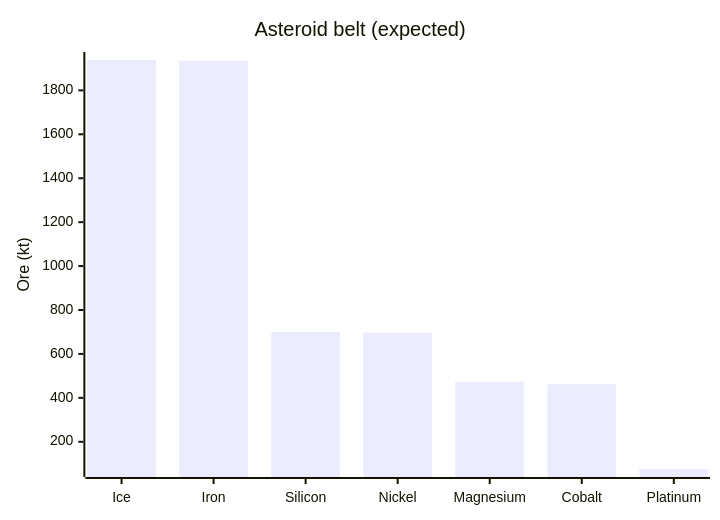
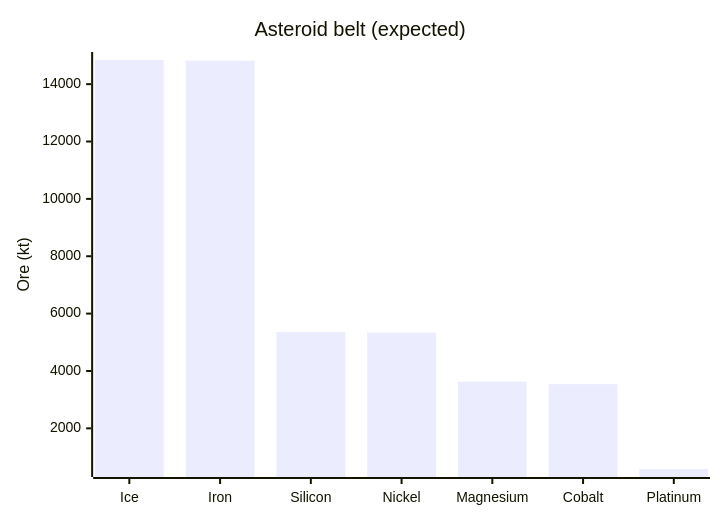
Before and after one commit to CometWorks/worlds: the third of 4 diagrams in octahedron/ORES.md, drawn with Mermaid. The commit also changed other lines of this file and 3348 other files, not shown here.

````diff
--- a/octahedron/ORES.md
+++ b/octahedron/ORES.md
@@ -91,7 +91,7 @@
 ```mermaid
 xychart-beta
     title "Asteroid belt (expected)"
     x-axis ["Ice", "Iron", "Silicon", "Nickel", "Magnesium", "Cobalt", "Platinum"]
     y-axis "Ore (kt)"
-    bar [1938.3, 1935.5, 700.1, 697.5, 473.6, 462.4, 76.1]
+    bar [14841.9, 14820.5, 5360.5, 5341.1, 3626.5, 3540.8, 582.4]
 ```
````
